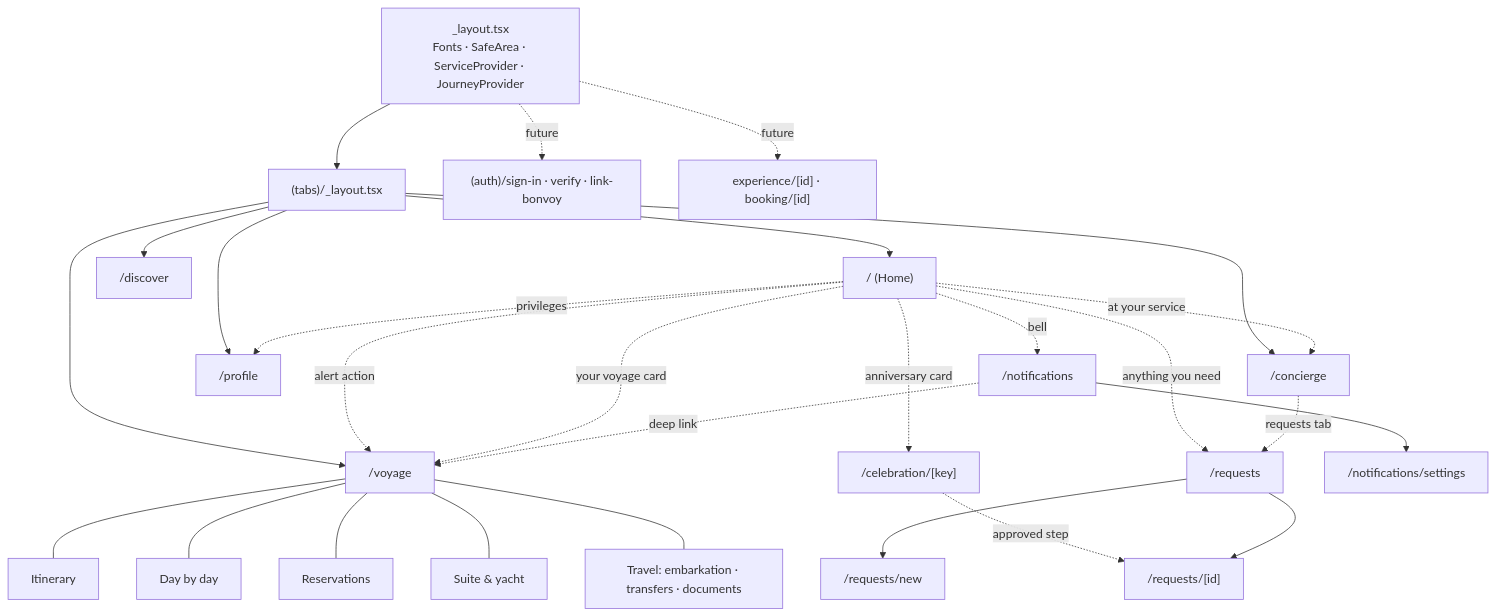
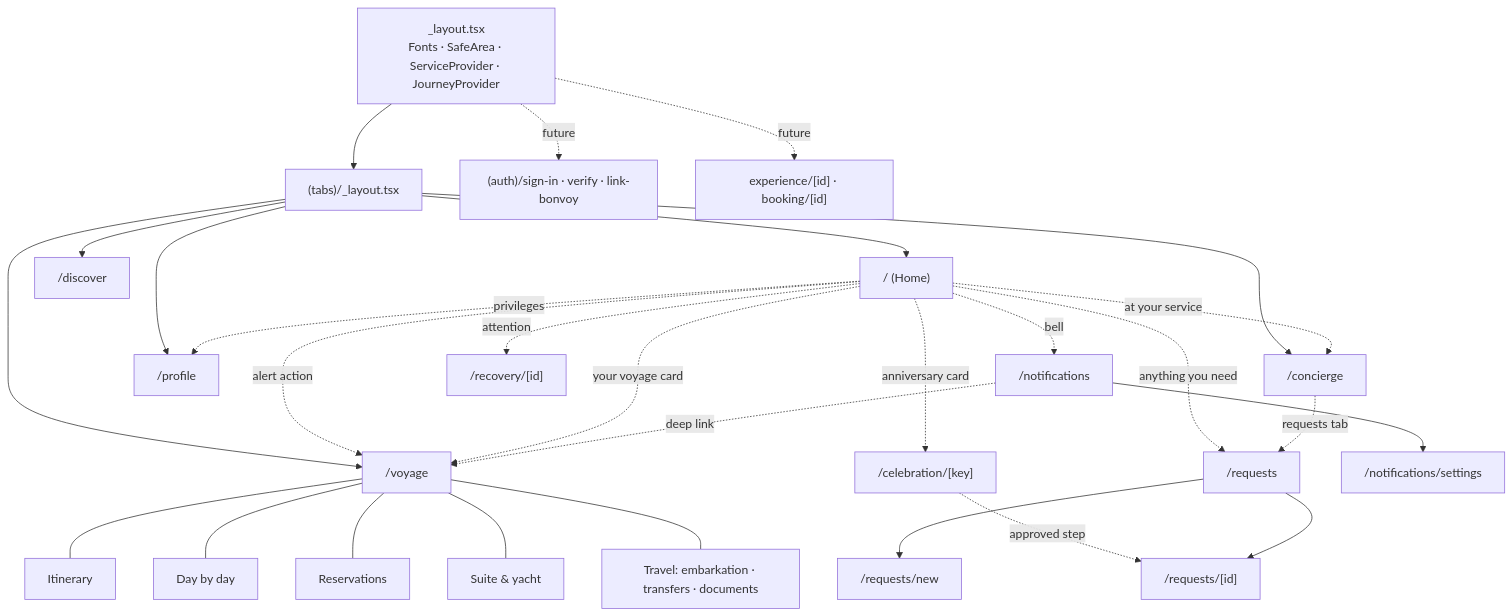
One commit to Romulus61265/RCYC-Loyalty-App changed the diagram in docs/08-navigation-model.md. Above: the diagram before and after it, drawn with Mermaid. The commit also changed other lines of this file and 46 other files, not shown here.

````diff
--- a/docs/08-navigation-model.md
+++ b/docs/08-navigation-model.md
@@ -5,32 +5,33 @@
 ```mermaid
 flowchart TB
   Root["_layout.tsx<br/>Fonts · SafeArea · ServiceProvider · JourneyProvider"] --> Tabs["(tabs)/_layout.tsx"]
   Tabs --> Home["/ (Home)"]
   Tabs --> Voyage["/voyage"]
   Tabs --> Discover["/discover"]
   Tabs --> Concierge["/concierge"]
   Tabs --> Profile["/profile"]
 
   Voyage --- V1[Itinerary]
   Voyage --- V2[Day by day]
   Voyage --- V3[Reservations]
   Voyage --- V4[Suite & yacht]
   Voyage --- V5[Travel: embarkation · transfers · documents]
 
   Home -.alert action.-> Voyage
   Home -.privileges.-> Profile
   Home -.your voyage card.-> Voyage
   Home -.at your service.-> Concierge
   Home -.anniversary card.-> Celebration["/celebration/[key]"]
   Home -.anything you need.-> Requests["/requests"]
   Home -.bell.-> Notifications["/notifications"]
+  Home -.attention.-> Recovery["/recovery/[id]"]
   Notifications --> NotificationSettings["/notifications/settings"]
   Notifications -.deep link.-> Voyage
   Concierge -.requests tab.-> Requests
   Celebration -.approved step.-> Request
   Requests --> NewRequest["/requests/new"]
   Requests --> Request["/requests/[id]"]
 
   Root -. future .-> Auth["(auth)/sign-in · verify · link-bonvoy"]
   Root -. future .-> Modals["experience/[id] · booking/[id]"]
 ```
````
